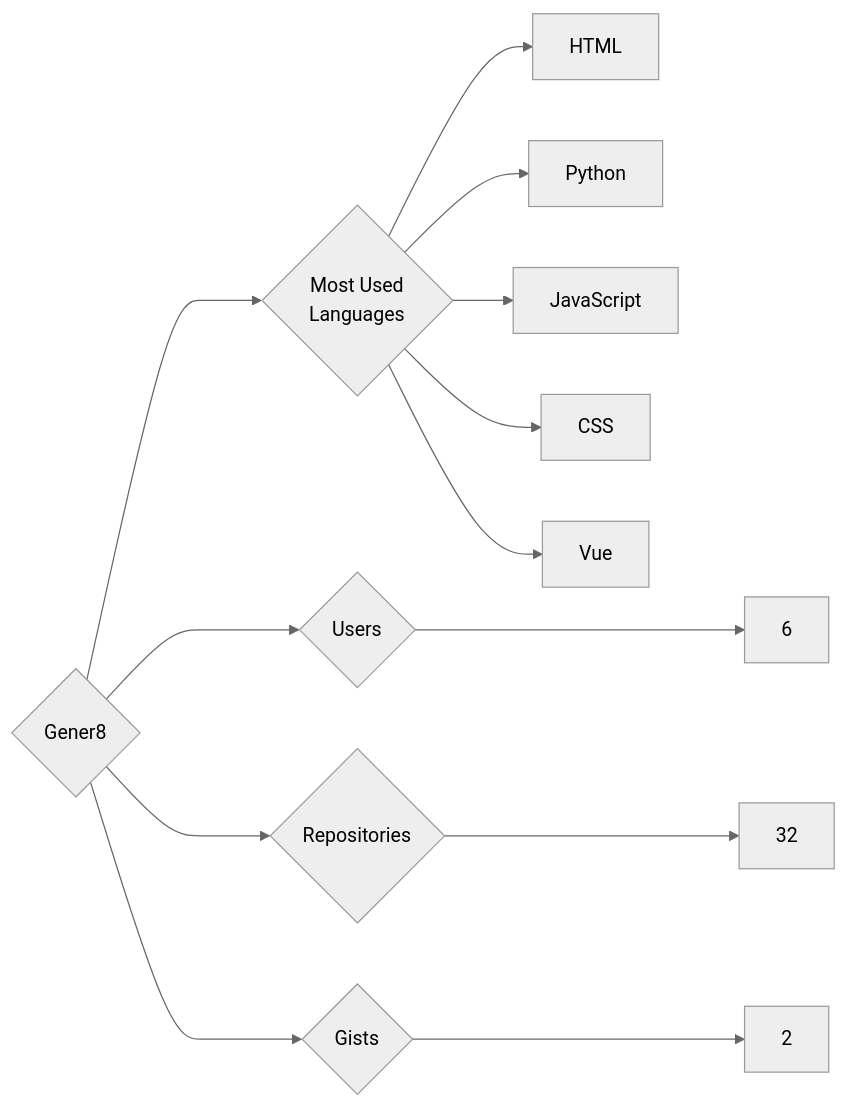
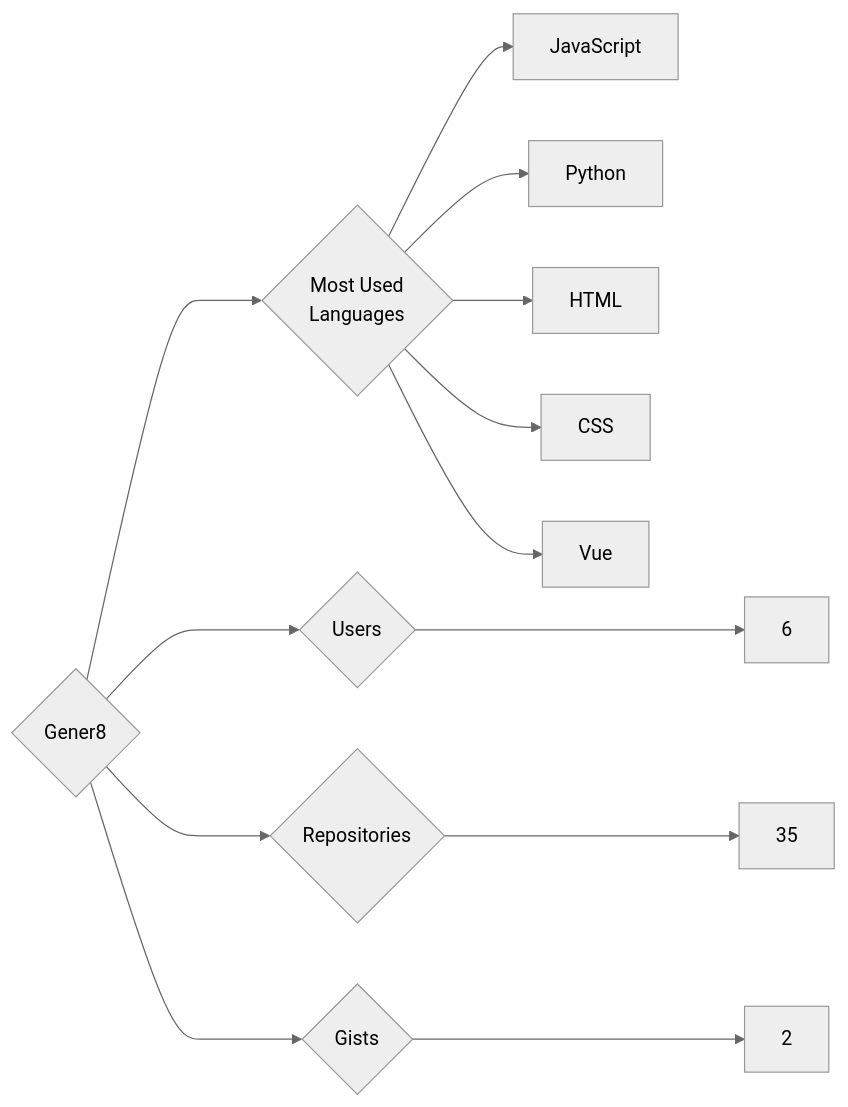
Before and after one commit to trickest/insiders: the diagram in targets/Gener8/README.md, drawn with Mermaid (neutral theme). The commit also changed 1141 other files, not shown here.

````diff
--- a/targets/Gener8/README.md
+++ b/targets/Gener8/README.md
@@ -3,13 +3,13 @@
 ```mermaid
 graph LR
 COMPANY_NAME{Gener8}
 COMPANY_NAME ---> U{Users} ---> UN[6]
-COMPANY_NAME ---> R{Repositories} ---> RN[32]
+COMPANY_NAME ---> R{Repositories} ---> RN[35]
 COMPANY_NAME ---> G{Gists} ---> GN[2]
 COMPANY_NAME ---> ML{Most Used<br>Languages}
+ML --> JavaScript[JavaScript]
+ML --> Python[Python]
 ML --> HTML[HTML]
-ML --> Python[Python]
-ML --> JavaScript[JavaScript]
 ML --> CSS[CSS]
 ML --> Vue[Vue]
 ```
````
